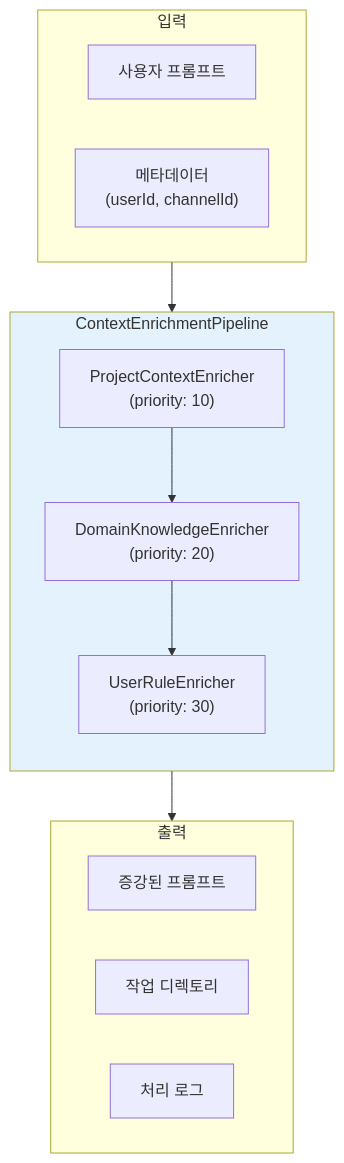
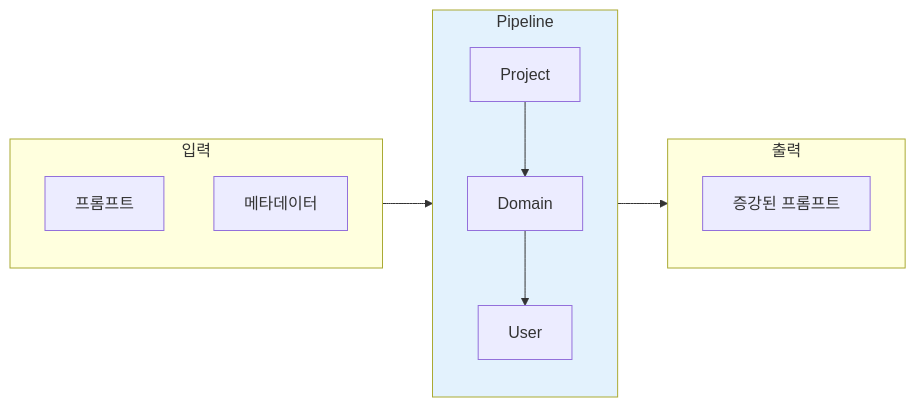
One commit to Gyeom/dev-notes changed the second of 6 diagrams in content/posts/2025-12-26-context-enrichment-pipeline.md. Above: the diagram before and after it, drawn with Mermaid. The commit also changed other lines of this file and 4 other files, not shown here.

First line of the commit message:
Update: Mermaid 다이어그램 레이아웃 개선 및 가이드 추가

````diff
--- a/content/posts/2025-12-26-context-enrichment-pipeline.md
+++ b/content/posts/2025-12-26-context-enrichment-pipeline.md
@@ -39,25 +39,19 @@
 ```mermaid
-flowchart TB
+flowchart LR
     subgraph Input["입력"]
-        Prompt["사용자 프롬프트"]
-        Meta["메타데이터<br/>(userId, channelId)"]
+        Prompt["프롬프트"]
+        Meta["메타데이터"]
     end
 
-    subgraph Pipeline["ContextEnrichmentPipeline"]
-        direction TB
-        E1["ProjectContextEnricher<br/>(priority: 10)"]
-        E2["DomainKnowledgeEnricher<br/>(priority: 20)"]
-        E3["UserRuleEnricher<br/>(priority: 30)"]
-        E1 --> E2 --> E3
+    subgraph Pipeline["Pipeline"]
+        E1["Project"] --> E2["Domain"] --> E3["User"]
     end
 
     subgraph Output["출력"]
         Enriched["증강된 프롬프트"]
-        WorkDir["작업 디렉토리"]
-        Logs["처리 로그"]
     end
 
     Input --> Pipeline --> Output
 
     style Pipeline fill:#E3F2FD
 ```
````
